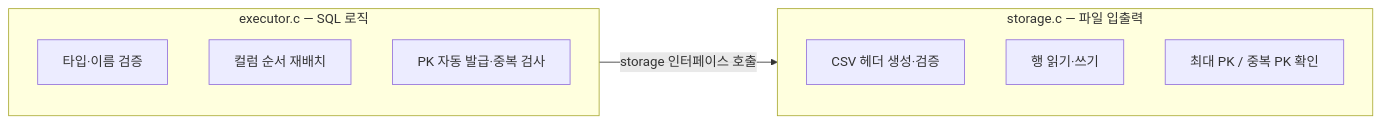
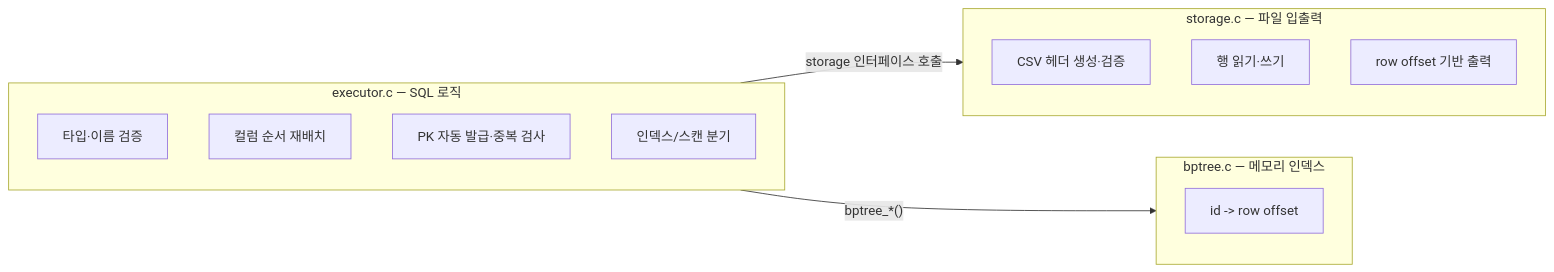
Diagram 17 of 18 in README.md (Jungle-12-303/week7-02-sql-index), drawn with Mermaid before and after one commit. The commit also changed other lines of this file and 10 other files, not shown here.

````diff
--- a/README.md
+++ b/README.md
@@ -421,14 +436,19 @@
 ```mermaid
 flowchart LR
     subgraph executor["executor.c — SQL 로직"]
         E1["타입·이름 검증"]
         E2["컬럼 순서 재배치"]
         E3["PK 자동 발급·중복 검사"]
+        E4["인덱스/스캔 분기"]
     end
     subgraph storage["storage.c — 파일 입출력"]
         S1["CSV 헤더 생성·검증"]
         S2["행 읽기·쓰기"]
-        S3["최대 PK / 중복 PK 확인"]
+        S3["row offset 기반 출력"]
+    end
+    subgraph index["bptree.c — 메모리 인덱스"]
+        B1["id -> row offset"]
     end
     executor -->|"storage 인터페이스 호출"| storage
+    executor -->|"bptree_*()"| index
 ```
````
